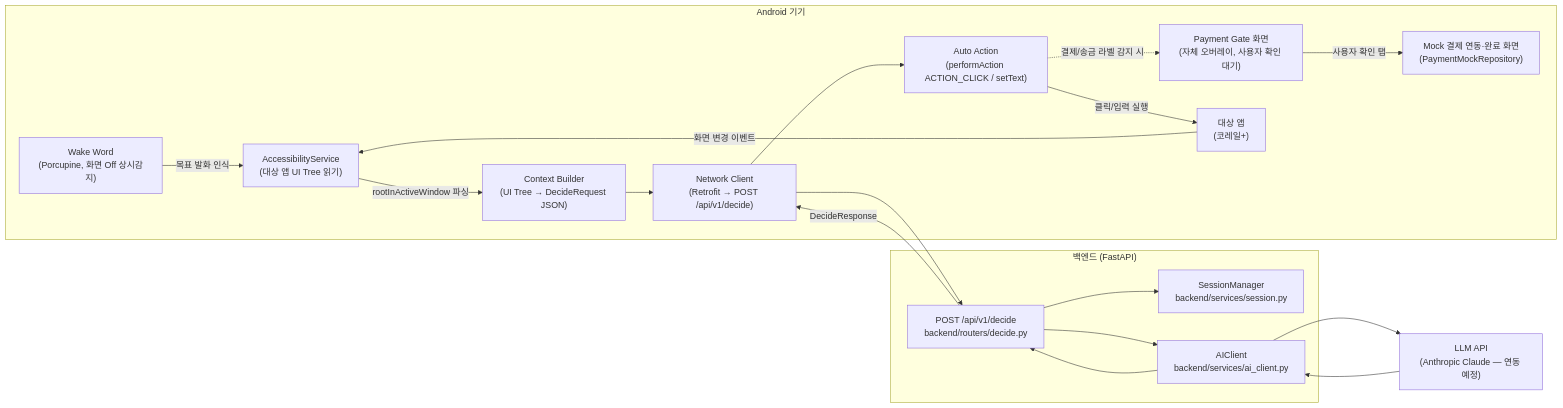
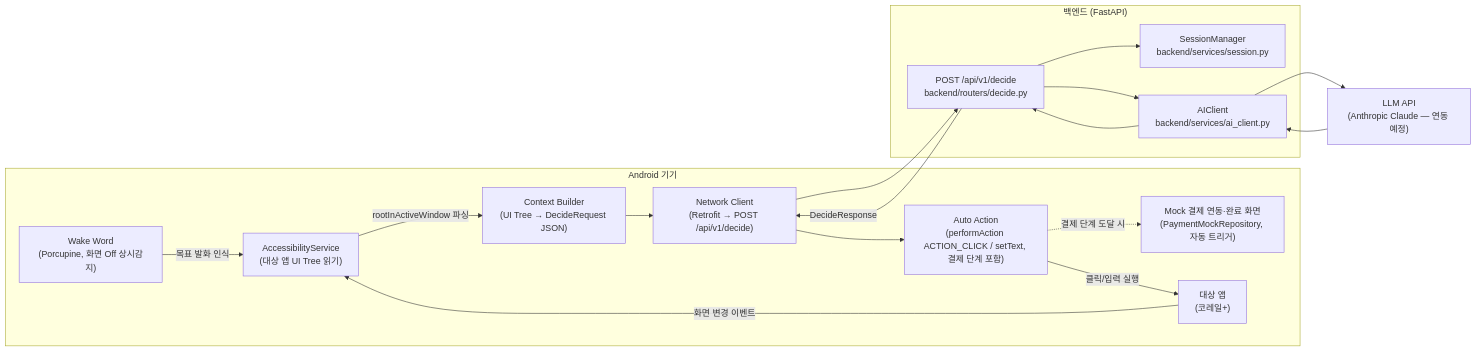
Before and after one commit to jhHa0320/2026-unithon: the diagram in docs/ARCHITECTURE.md, drawn with Mermaid. The commit also changed other lines of this file and 1 other file, not shown here.

First line of the commit message:
docs: move to full payment automation, drop confirmation-tap/overlay gate

````diff
--- a/docs/ARCHITECTURE.md
+++ b/docs/ARCHITECTURE.md
@@ -13,37 +13,35 @@
 ```mermaid
 flowchart LR
     subgraph Device["Android 기기"]
         WW["Wake Word\n(Porcupine, 화면 Off 상시감지)"]
         AS["AccessibilityService\n(대상 앱 UI Tree 읽기)"]
         CB["Context Builder\n(UI Tree → DecideRequest JSON)"]
         NET["Network Client\n(Retrofit → POST /api/v1/decide)"]
-        ACT["Auto Action\n(performAction ACTION_CLICK / setText)"]
-        GATE["Payment Gate 화면\n(자체 오버레이, 사용자 확인 대기)"]
-        MOCK["Mock 결제 연동·완료 화면\n(PaymentMockRepository)"]
+        ACT["Auto Action\n(performAction ACTION_CLICK / setText, 결제 단계 포함)"]
+        MOCK["Mock 결제 연동·완료 화면\n(PaymentMockRepository, 자동 트리거)"]
         TARGET["대상 앱\n(코레일+)"]
     end
 
     subgraph Backend["백엔드 (FastAPI)"]
         API["POST /api/v1/decide\nbackend/routers/decide.py"]
         SESS["SessionManager\nbackend/services/session.py"]
         AI["AIClient\nbackend/services/ai_client.py"]
     end
 
     LLM["LLM API\n(Anthropic Claude — 연동 예정)"]
 
     WW -->|"목표 발화 인식"| AS
     AS -->|"rootInActiveWindow 파싱"| CB
     CB --> NET
     NET --> API
     API --> SESS
     API --> AI
     AI --> LLM
     LLM --> AI
     AI --> API
     API -->|"DecideResponse"| NET
     NET --> ACT
     ACT -->|"클릭/입력 실행"| TARGET
     TARGET -->|"화면 변경 이벤트"| AS
-    ACT -.->|"결제/송금 라벨 감지 시"| GATE
-    GATE -->|"사용자 확인 탭"| MOCK
+    ACT -.->|"결제 단계 도달 시"| MOCK
 ```
````
